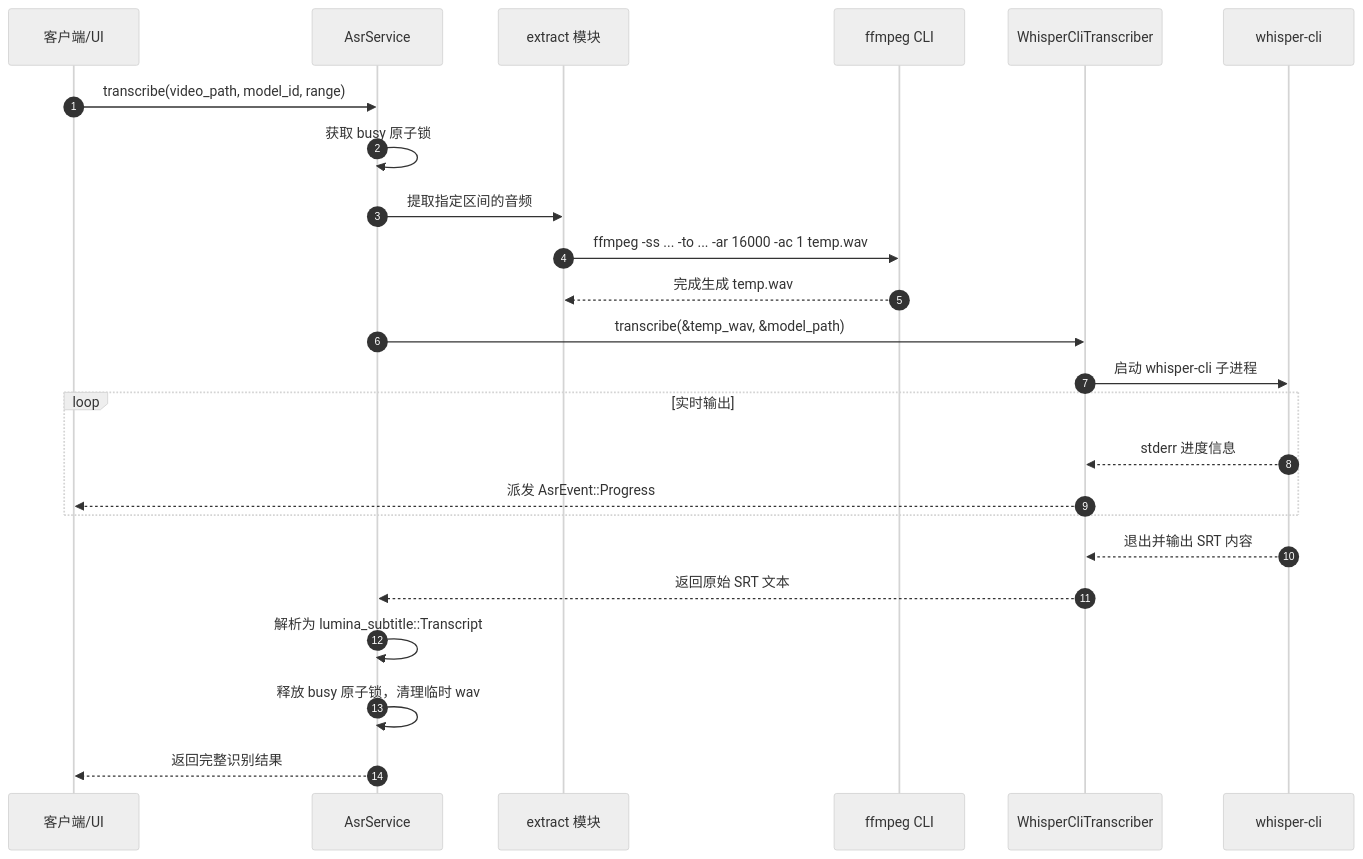
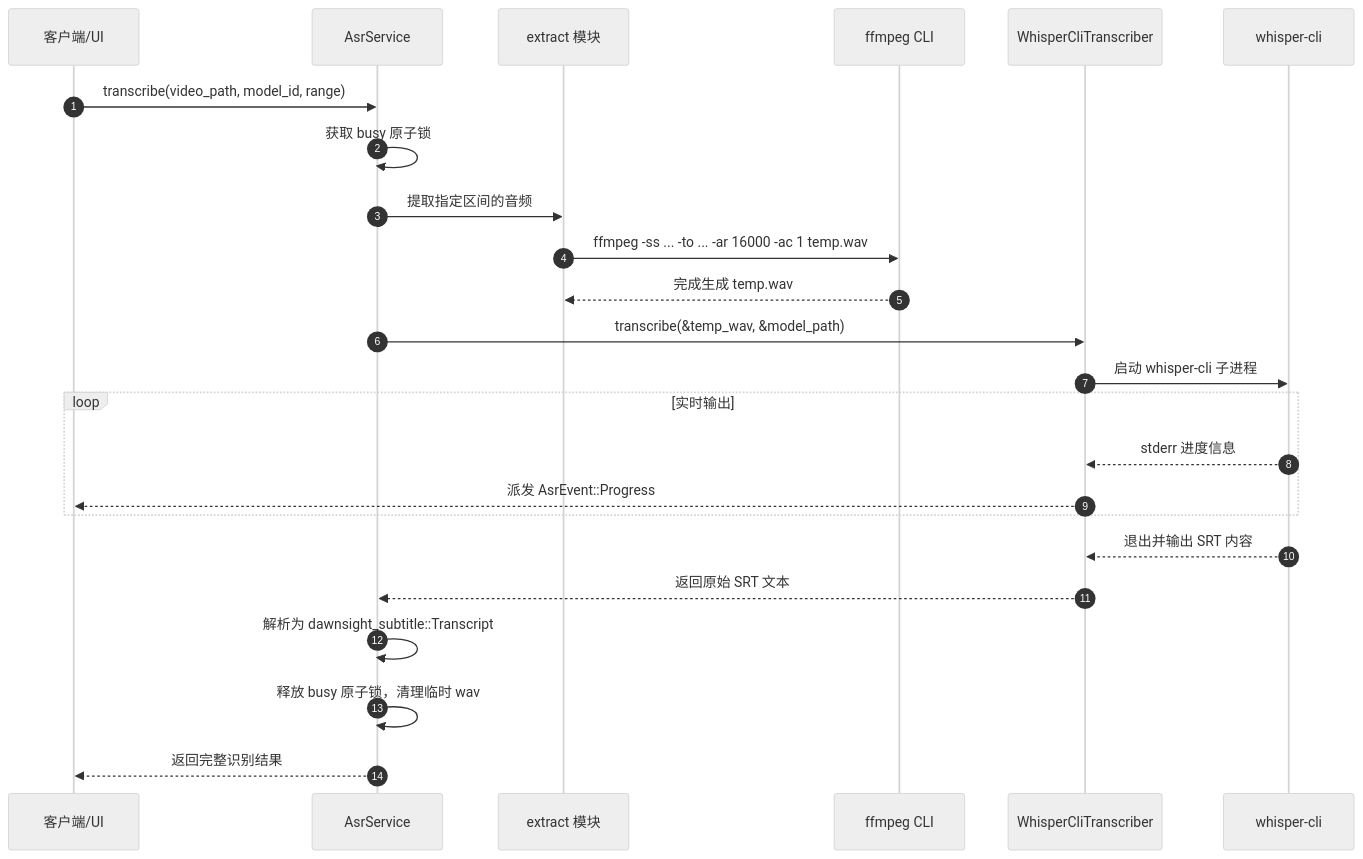
Before and after one commit to yitom486/dawnsight: the diagram in crates/dawnsight-asr/src/README.md, drawn with Mermaid (neutral theme). The commit also changed other lines of this file and 139 other files, not shown here.

First line of the commit message:
chore(rename): lumina to dawnsight across tree

````diff
--- a/crates/dawnsight-asr/src/README.md
+++ b/crates/dawnsight-asr/src/README.md
@@ -113,27 +113,27 @@
 ```mermaid
 sequenceDiagram
     autonumber
     participant App as 客户端/UI
     participant Svc as AsrService
     participant Ext as extract 模块
     participant Ffmpeg as ffmpeg CLI
     participant Wh as WhisperCliTranscriber
     participant Bin as whisper-cli
 
     App->>Svc: transcribe(video_path, model_id, range)
     Svc->>Svc: 获取 busy 原子锁
     Svc->>Ext: 提取指定区间的音频
     Ext->>Ffmpeg: ffmpeg -ss ... -to ... -ar 16000 -ac 1 temp.wav
     Ffmpeg-->>Ext: 完成生成 temp.wav
     Svc->>Wh: transcribe(&temp_wav, &model_path)
     Wh->>Bin: 启动 whisper-cli 子进程
     loop 实时输出
         Bin-->>Wh: stderr 进度信息
         Wh-->>App: 派发 AsrEvent::Progress
     end
     Bin-->>Wh: 退出并输出 SRT 内容
     Wh-->>Svc: 返回原始 SRT 文本
-    Svc->>Svc: 解析为 lumina_subtitle::Transcript
+    Svc->>Svc: 解析为 dawnsight_subtitle::Transcript
     Svc->>Svc: 释放 busy 原子锁，清理临时 wav
     Svc-->>App: 返回完整识别结果
 ```
````
